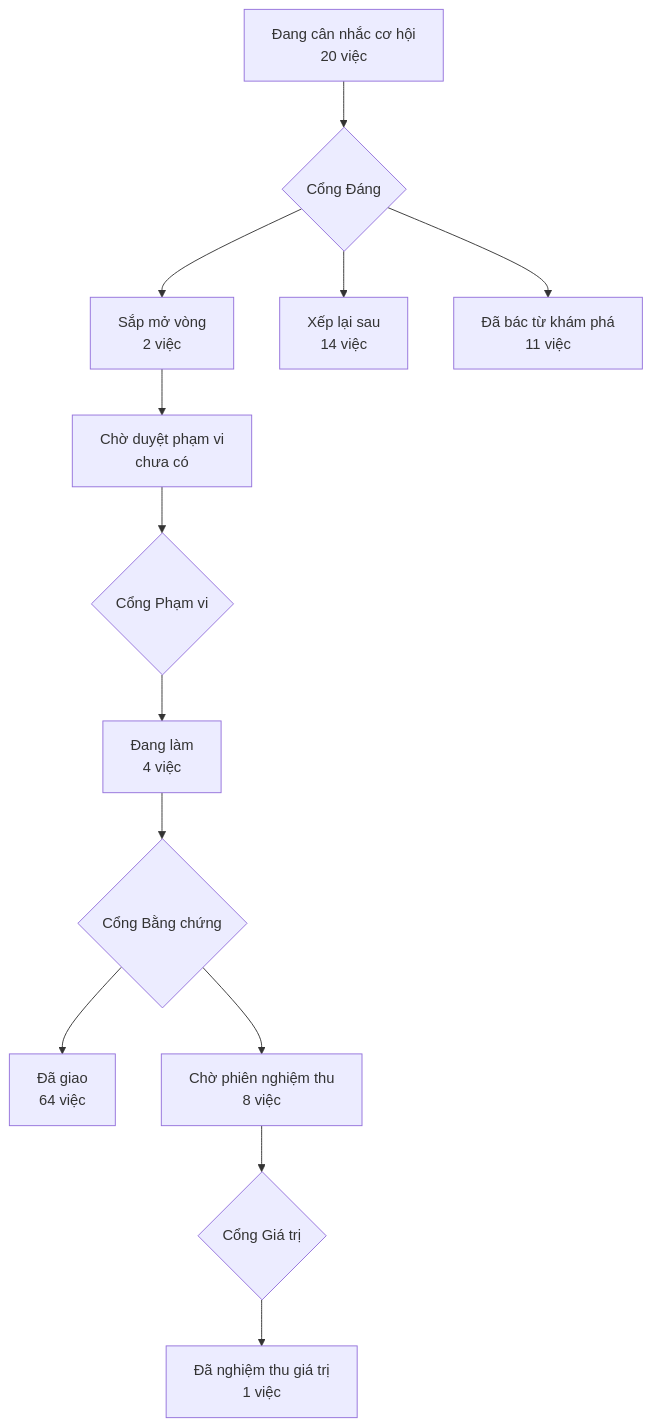
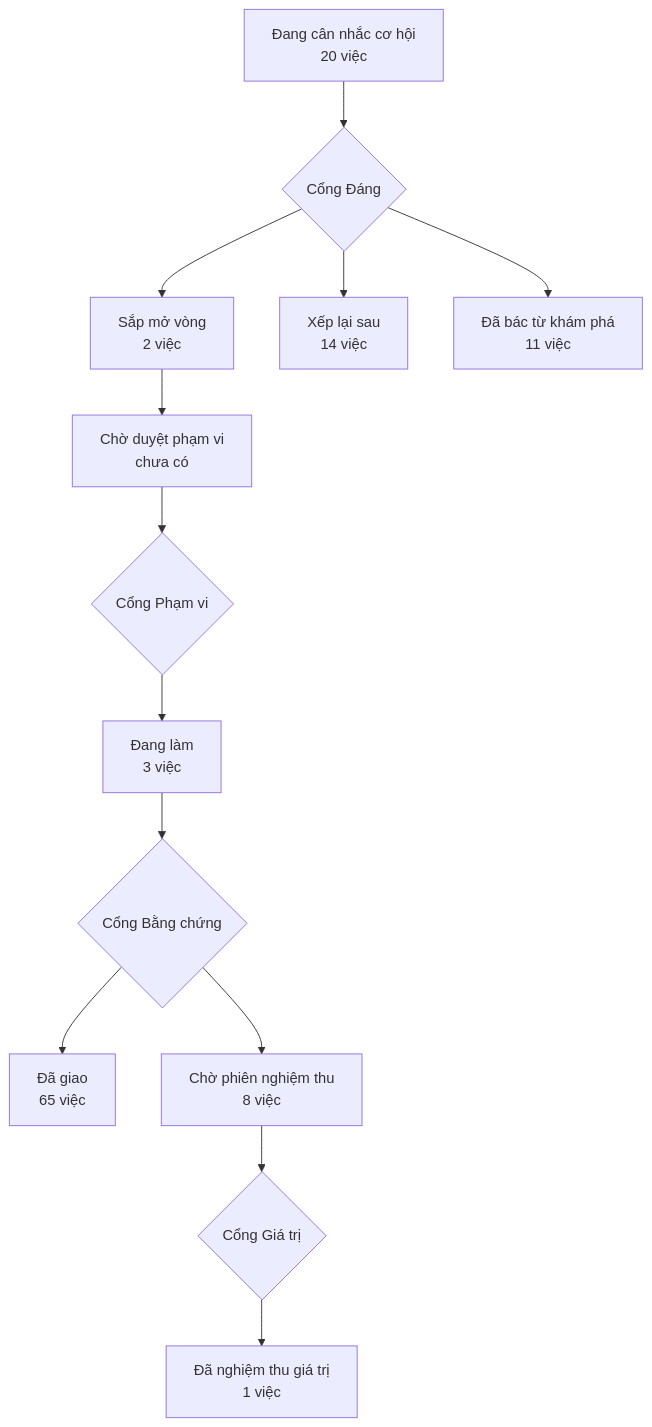
One commit to phanlemanh/acceptance-gate-kit changed the diagram in PRODUCT-MAP.md. Above: the diagram before and after it, drawn with Mermaid. The commit also changed 4 other files, not shown here.

````diff
--- a/PRODUCT-MAP.md
+++ b/PRODUCT-MAP.md
@@ -6,12 +6,12 @@
 ```mermaid
 flowchart TD
   A["Đang cân nhắc cơ hội<br/>20 việc"] --> GD{"Cổng Đáng"}
   GD --> B["Sắp mở vòng<br/>2 việc"]
   GD --> XL["Xếp lại sau<br/>14 việc"]
   GD --> DB["Đã bác từ khám phá<br/>11 việc"]
   B --> CD["Chờ duyệt phạm vi<br/>chưa có"] --> GP{"Cổng Phạm vi"}
-  GP --> DL["Đang làm<br/>4 việc"] --> GB{"Cổng Bằng chứng"}
-  GB --> DG["Đã giao<br/>64 việc"]
+  GP --> DL["Đang làm<br/>3 việc"] --> GB{"Cổng Bằng chứng"}
+  GB --> DG["Đã giao<br/>65 việc"]
   GB --> CN["Chờ phiên nghiệm thu<br/>8 việc"] --> GG{"Cổng Giá trị"}
   GG --> NT["Đã nghiệm thu giá trị<br/>1 việc"]
 ```
````
